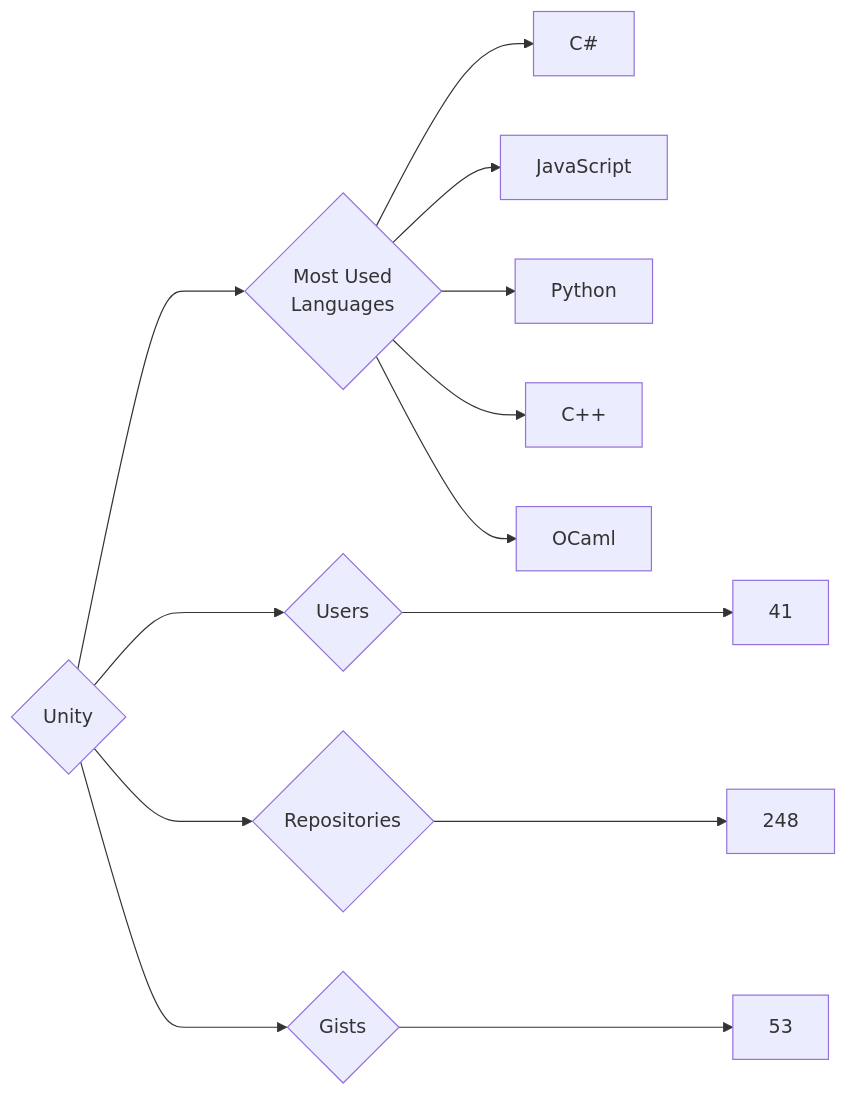
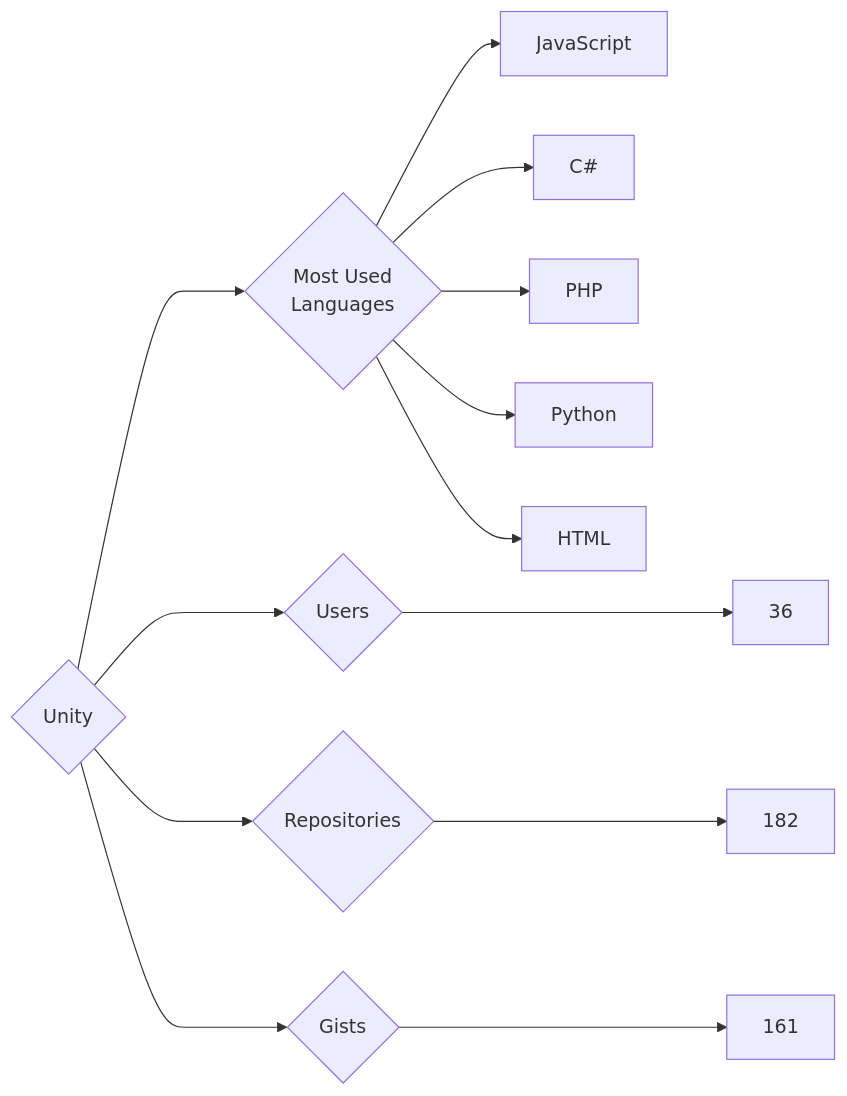
One commit to trickest/insiders changed the diagram in targets/Unity/README.md. Above: the diagram before and after it, drawn with Mermaid. The commit also changed 877 other files, not shown here.

````diff
--- a/targets/Unity/README.md
+++ b/targets/Unity/README.md
@@ -3,13 +3,13 @@
 ```mermaid
 graph LR
 COMPANY_NAME{Unity}
-COMPANY_NAME ---> U{Users} ---> UN[41]
-COMPANY_NAME ---> R{Repositories} ---> RN[248]
-COMPANY_NAME ---> G{Gists} ---> GN[53]
+COMPANY_NAME ---> U{Users} ---> UN[36]
+COMPANY_NAME ---> R{Repositories} ---> RN[182]
+COMPANY_NAME ---> G{Gists} ---> GN[161]
 COMPANY_NAME ---> ML{Most Used<br>Languages}
+ML --> JavaScript[JavaScript]
 ML --> C#[C#]
-ML --> JavaScript[JavaScript]
+ML --> PHP[PHP]
 ML --> Python[Python]
-ML --> C++[C++]
-ML --> OCaml[OCaml]
+ML --> HTML[HTML]
 ```
````
